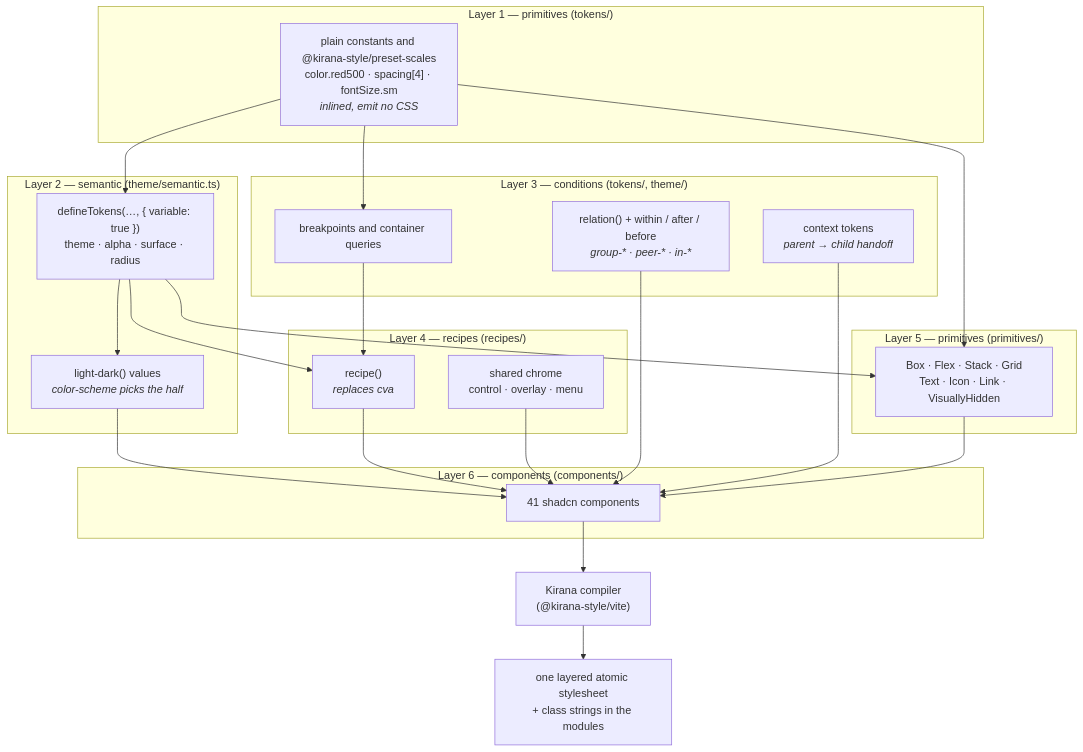
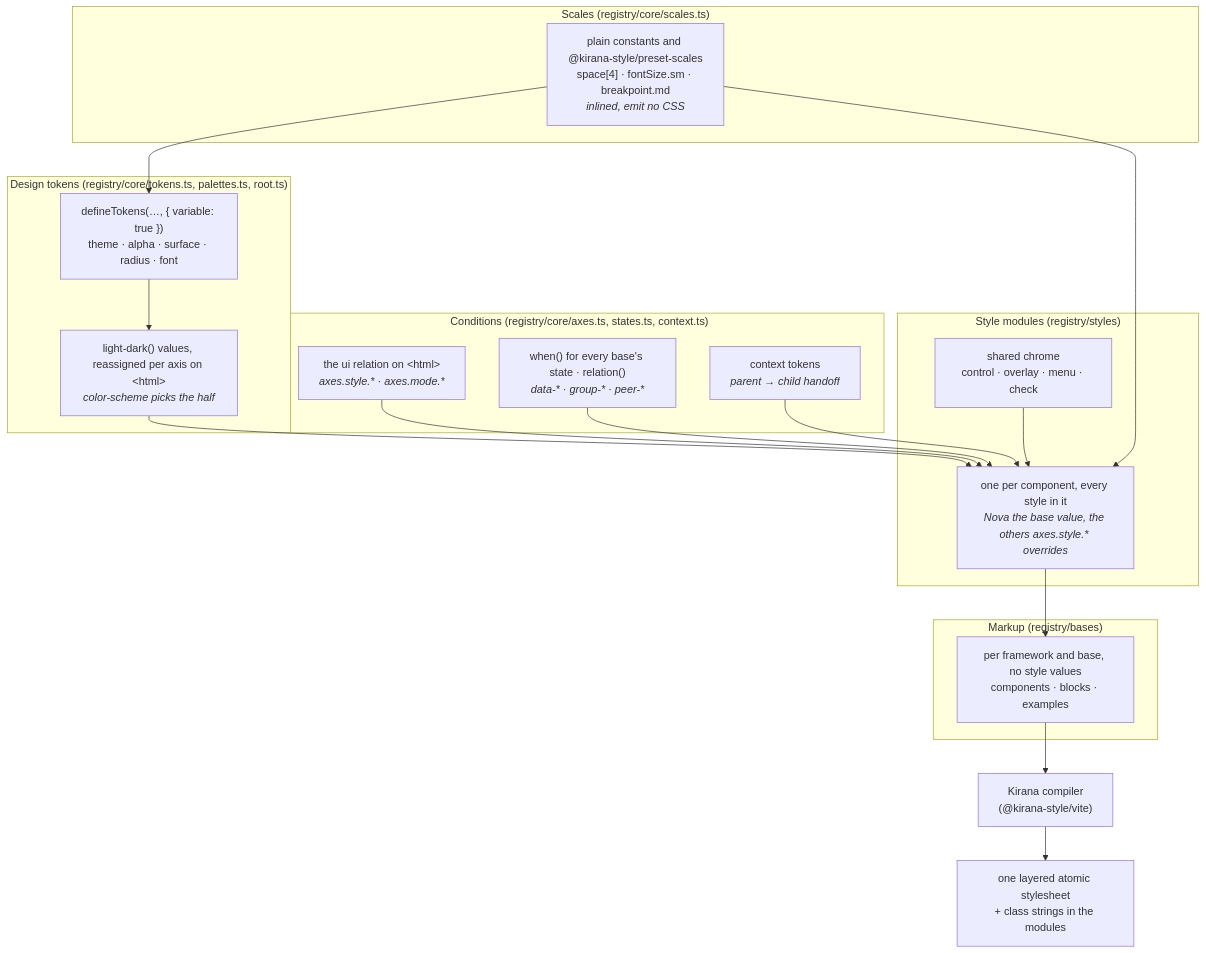
Before and after one commit to kirana-style/kirana-ui: the first of 6 diagrams in docs/architecture.md, drawn with Mermaid. The commit also changed other lines of this file and 677 other files, not shown here.

````diff
--- a/docs/architecture.md
+++ b/docs/architecture.md
@@ -5,40 +5,33 @@
 ```mermaid
 flowchart TD
-    subgraph L1["Layer 1 — primitives (tokens/)"]
-        A["plain constants and @kirana-style/preset-scales<br/>color.red500 · spacing[4] · fontSize.sm<br/><i>inlined, emit no CSS</i>"]
+    subgraph L1["Scales (registry/core/scales.ts)"]
+        A["plain constants and @kirana-style/preset-scales<br/>space[4] · fontSize.sm · breakpoint.md<br/><i>inlined, emit no CSS</i>"]
     end
-    subgraph L2["Layer 2 — semantic (theme/semantic.ts)"]
-        B["defineTokens(…, { variable: true })<br/>theme · alpha · surface · radius"]
-        C["light-dark() values<br/><i>color-scheme picks the half</i>"]
+    subgraph L2["Design tokens (registry/core/tokens.ts, palettes.ts, root.ts)"]
+        B["defineTokens(…, { variable: true })<br/>theme · alpha · surface · radius · font"]
+        C["light-dark() values, reassigned per axis on &lt;html&gt;<br/><i>color-scheme picks the half</i>"]
     end
-    subgraph L3["Layer 3 — conditions (tokens/, theme/)"]
-        D["breakpoints and container queries"]
-        E["relation() + within / after / before<br/><i>group-* · peer-* · in-*</i>"]
+    subgraph L3["Conditions (registry/core/axes.ts, states.ts, context.ts)"]
+        D["the ui relation on &lt;html&gt;<br/><i>axes.style.* · axes.mode.*</i>"]
+        E["when() for every base's state · relation()<br/><i>data-* · group-* · peer-*</i>"]
         F["context tokens<br/><i>parent → child handoff</i>"]
     end
-    subgraph L4["Layer 4 — recipes (recipes/)"]
-        G["recipe()<br/><i>replaces cva</i>"]
-        H["shared chrome<br/>control · overlay · menu"]
+    subgraph L4["Style modules (registry/styles)"]
+        G["one per component, every style in it<br/><i>Nova the base value, the others axes.style.* overrides</i>"]
+        H["shared chrome<br/>control · overlay · menu · check"]
     end
-    subgraph L5["Layer 5 — primitives (primitives/)"]
-        I["Box · Flex · Stack · Grid<br/>Text · Icon · Link · VisuallyHidden"]
-    end
-    subgraph L6["Layer 6 — components (components/)"]
-        J["41 shadcn components"]
+    subgraph L5["Markup (registry/bases)"]
+        J["per framework and base, no style values<br/>components · blocks · examples"]
     end
 
     A --> B --> C
-    A --> D
-    B --> G
-    C --> J
+    A --> G
+    C --> G
     D --> G
-    E --> J
-    F --> J
+    E --> G
+    F --> G
+    H --> G
     G --> J
-    H --> J
-    A --> I
-    B --> I
-    I --> J
     J --> K["Kirana compiler<br/>(@kirana-style/vite)"]
     K --> L["one layered atomic stylesheet<br/>+ class strings in the modules"]
 ```
````
